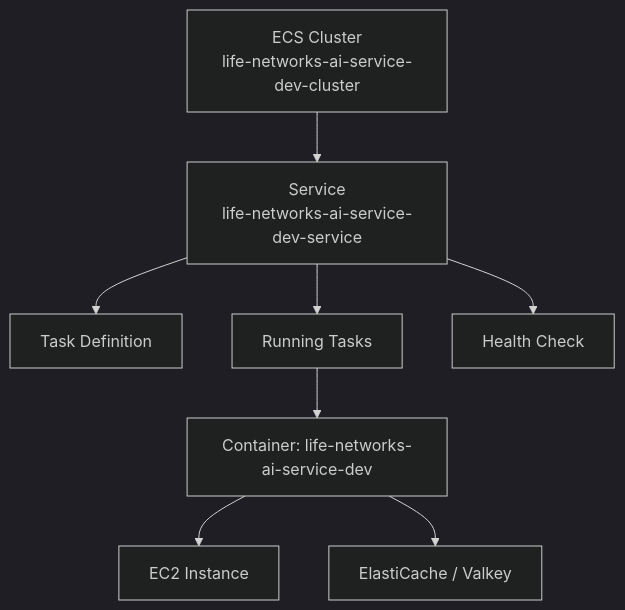
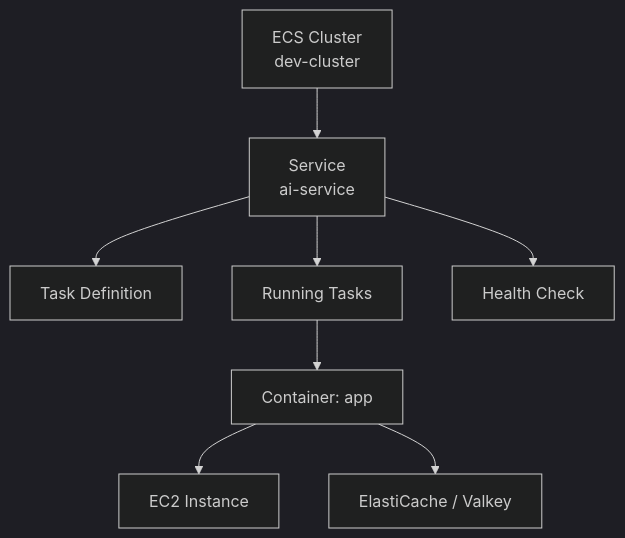
The first of 2 diagrams in content/posts/2026-02-26-aws-ecs-cli-setup.md (ice-ice-bear/ice-ice-bear.github.io), drawn with Mermaid (dark theme) before and after one commit. The commit also changed other lines of this file and 11 other files, not shown here.

````diff
--- a/content/posts/2026-02-26-aws-ecs-cli-setup.md
+++ b/content/posts/2026-02-26-aws-ecs-cli-setup.md
@@ -22,11 +23,11 @@
 ```mermaid
 graph TD
-    A["ECS Cluster<br/>life-networks-ai-service-dev-cluster"] --> B["Service<br/>life-networks-ai-service-dev-service"]
+    A["ECS Cluster<br/>dev-cluster"] --> B["Service<br/>ai-service"]
     B --> C["Task Definition"]
     B --> D["Running Tasks"]
     B --> E["Health Check"]
 
-    D --> F["Container: life-networks-ai-service-dev"]
+    D --> F["Container: app"]
     F --> G["EC2 Instance"]
     F --> H["ElastiCache / Valkey"]
 ```
````
